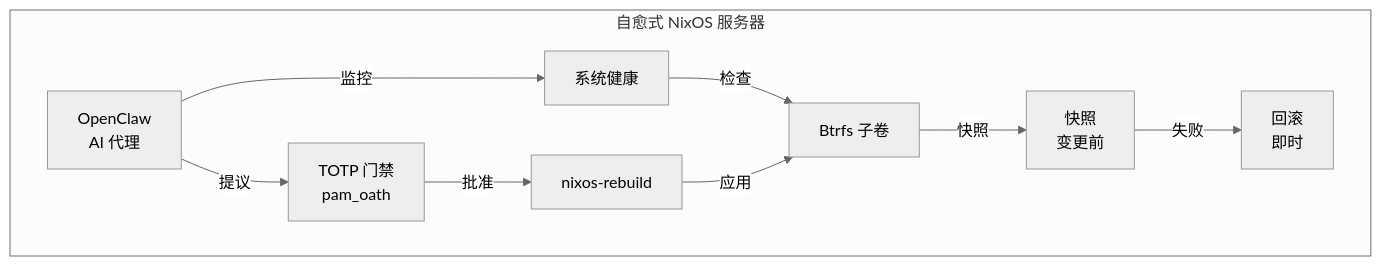
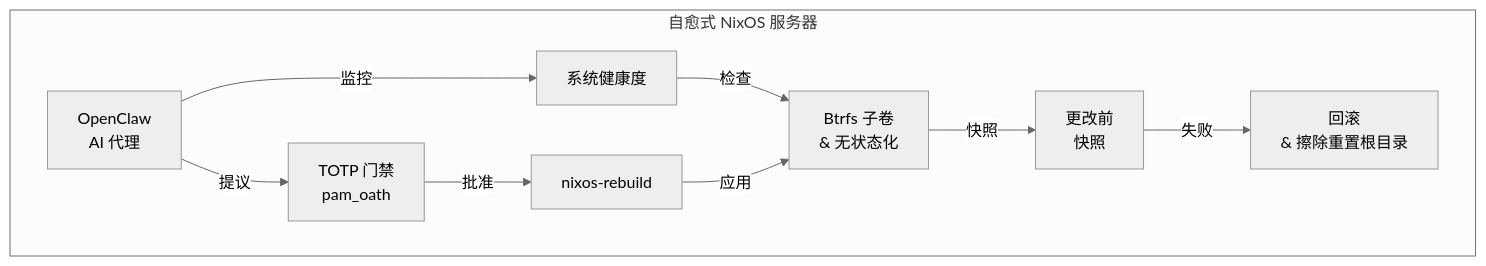
The diagram in i18n/zh/docusaurus-plugin-content-docs/current/intro.md (stars-labs/self-healing-nixos-infra), drawn with Mermaid (neutral theme) before and after one commit. The commit also changed other lines of this file and 15 other files, not shown here.

First line of the commit message:
Fix Mermaid parse errors in Chinese docs

````diff
--- a/i18n/zh/docusaurus-plugin-content-docs/current/intro.md
+++ b/i18n/zh/docusaurus-plugin-content-docs/current/intro.md
@@ -22,13 +23,13 @@
 ```mermaid
 flowchart TB
     subgraph Server["自愈式 NixOS 服务器"]
         direction LR
-        A[OpenClaw<br/>AI 代理] -->|监控| B[系统健康]
+        A[OpenClaw<br/>AI 代理] -->|监控| B[系统健康度]
         A -->|提议| C[TOTP 门禁<br/>pam_oath]
         C -->|批准| D[nixos-rebuild]
-        B -->|检查| E[Btrfs 子卷]
+        B -->|检查| E[Btrfs 子卷<br/>& 无状态化]
         D -->|应用| E
-        E -->|快照| F[快照<br/>变更前]
-        F -->|失败| G[回滚<br/>即时]
+        E -->|快照| F[更改前<br/>快照]
+        F -->|失败| G[回滚<br/>& 擦除重置根目录]
     end
 ```
````
